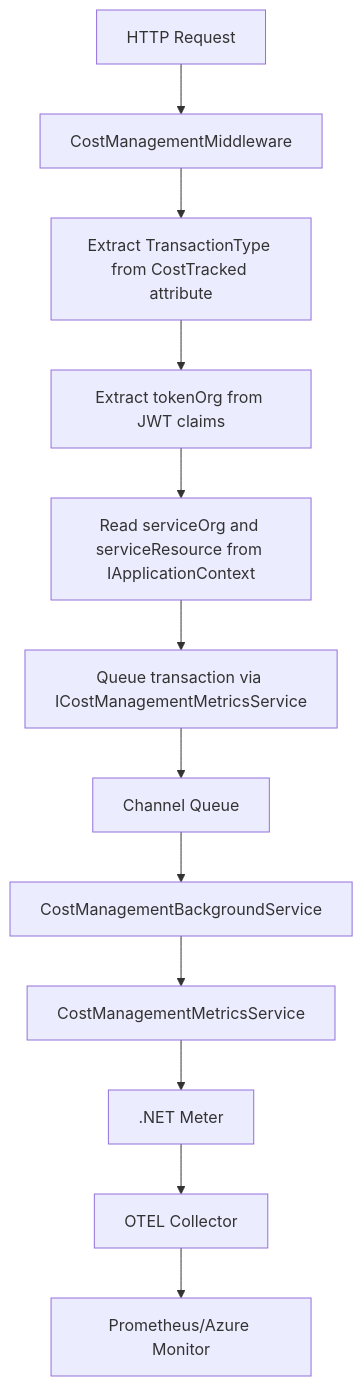
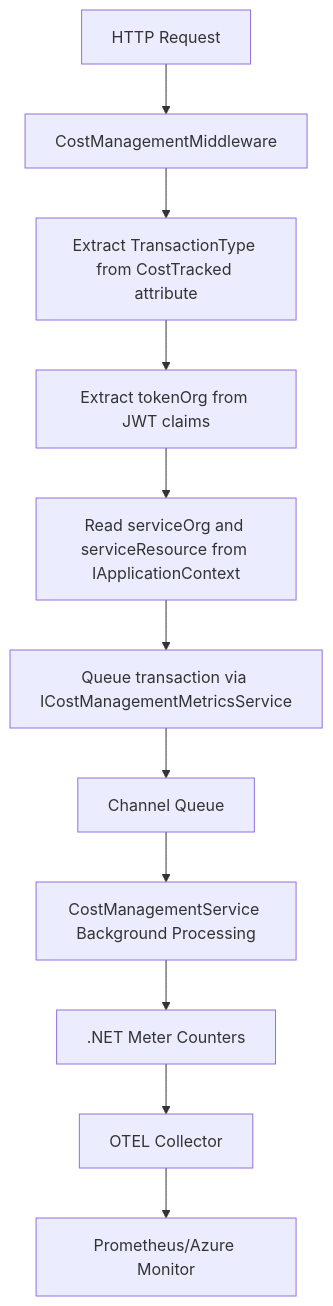
The diagram in docs/CostManagementMetrics.md (Altinn/dialogporten), drawn with Mermaid before and after one commit. The commit also changed other lines of this file and 11 other files, not shown here.

````diff
--- a/docs/CostManagementMetrics.md
+++ b/docs/CostManagementMetrics.md
@@ -28,14 +26,13 @@
 ```mermaid
 flowchart TD
     A[HTTP Request] --> B[CostManagementMiddleware]
     B --> C[Extract TransactionType from CostTracked attribute]  
     C --> D[Extract tokenOrg from JWT claims]
     D --> E[Read serviceOrg and serviceResource from IApplicationContext]
     E --> F[Queue transaction via ICostManagementMetricsService]
     F --> G[Channel Queue]
-    G --> H[CostManagementBackgroundService]
-    H --> I[CostManagementMetricsService]
-    I --> J[.NET Meter]
-    J --> K[OTEL Collector]
-    K --> L[Prometheus/Azure Monitor]
+    G --> H[CostManagementService Background Processing]
+    H --> I[.NET Meter Counters]
+    I --> J[OTEL Collector]
+    J --> K[Prometheus/Azure Monitor]
 ```
````
